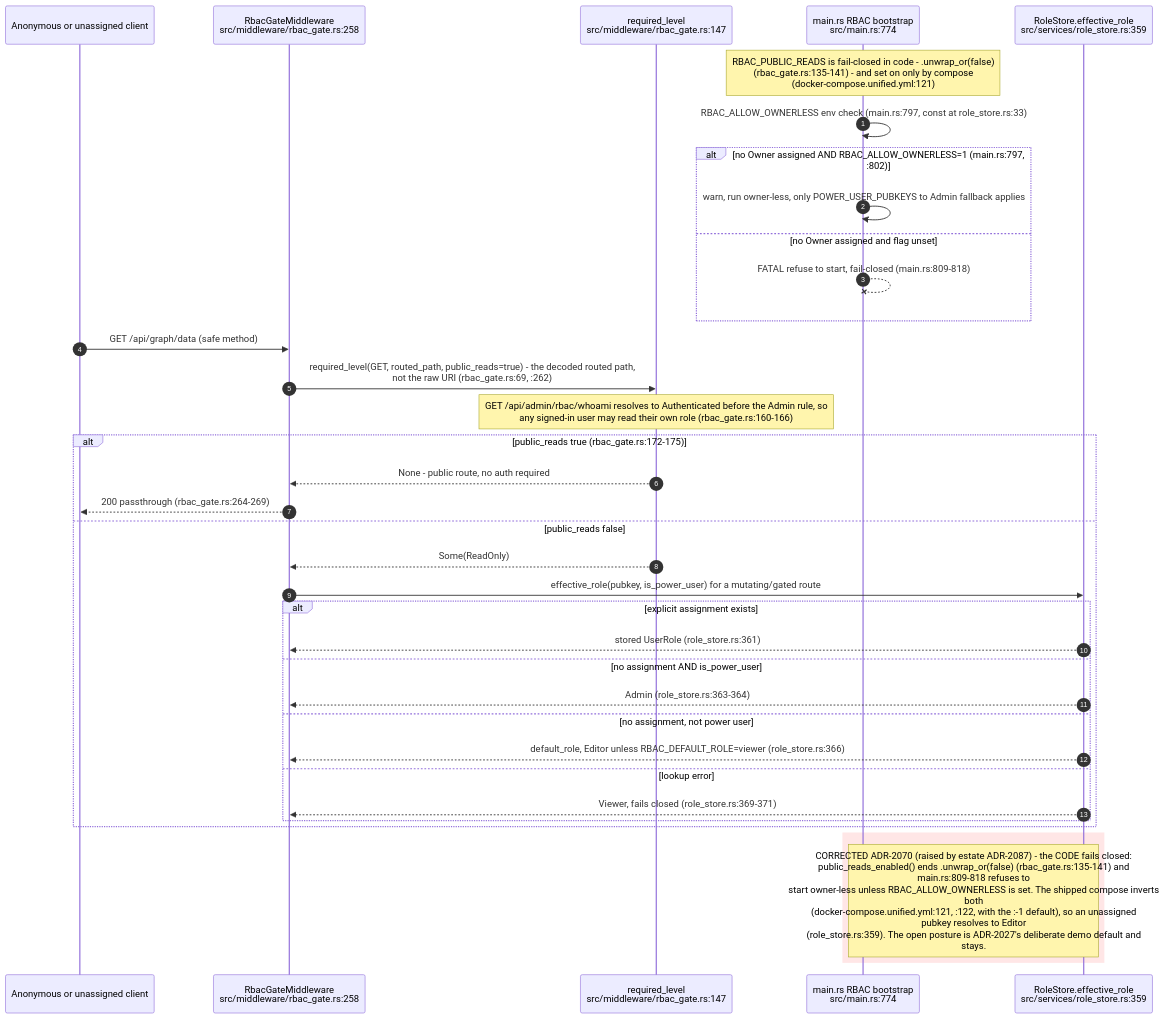
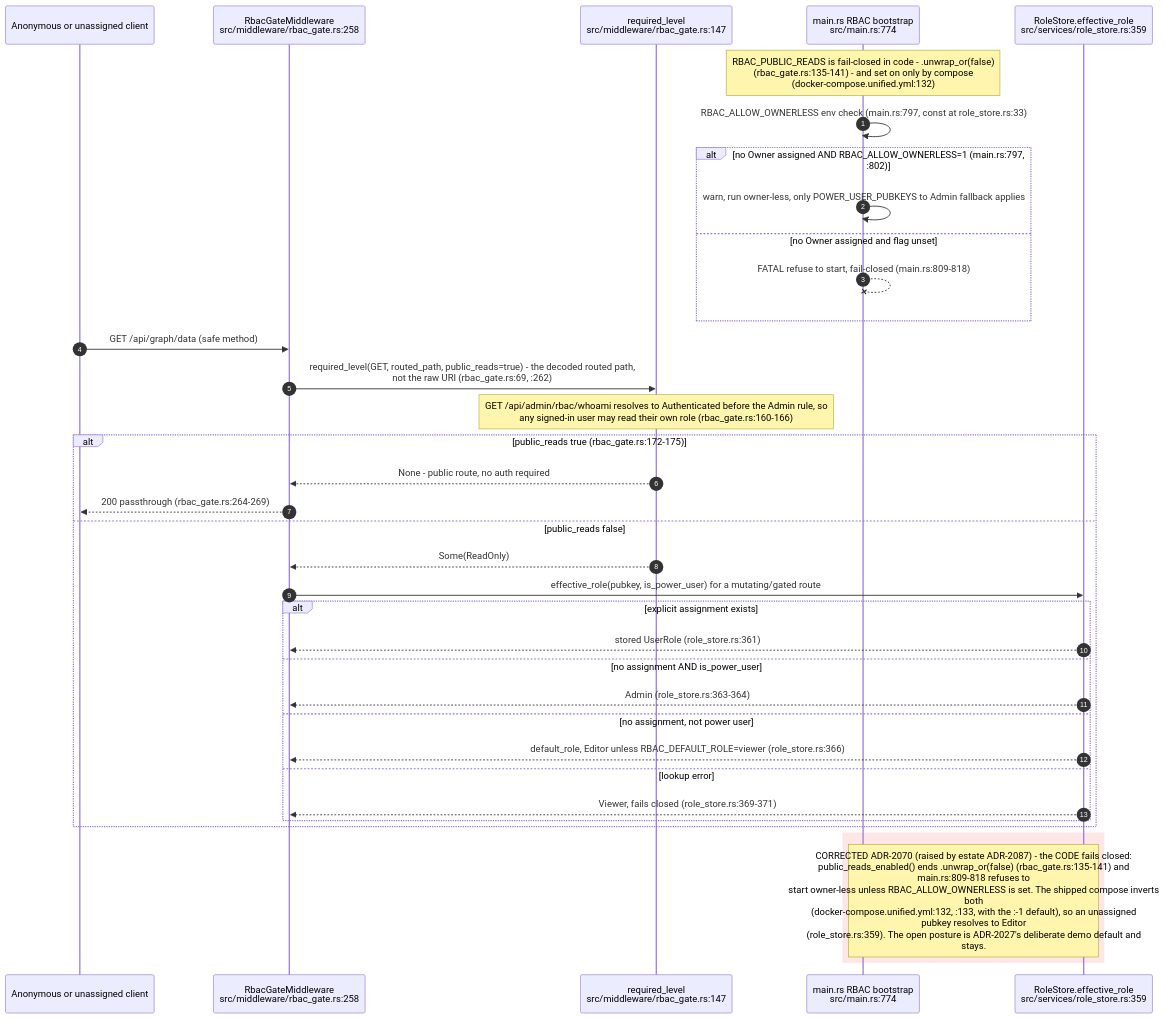
Before and after one commit to DreamLab-AI/VisionFlow: the ninth of 11 diagrams in docs/diagrams/visionclaw/22-data-authority-provenance-erasure.md, drawn with Mermaid. The commit also changed other lines of this file and 142 other files, not shown here.

First line of the commit message:
docs(diagrams): one System One route; re-verify 140 topics at today's heads

````diff
--- a/docs/diagrams/visionclaw/22-data-authority-provenance-erasure.md
+++ b/docs/diagrams/visionclaw/22-data-authority-provenance-erasure.md
@@ -389,39 +389,39 @@
 ```mermaid
 sequenceDiagram
     autonumber
     participant C as Anonymous or unassigned client
     participant GATE as RbacGateMiddleware<br/>src/middleware/rbac_gate.rs:258
     participant REQ as required_level<br/>src/middleware/rbac_gate.rs:147
     participant BOOT as main.rs RBAC bootstrap<br/>src/main.rs:774
     participant RS as RoleStore.effective_role<br/>src/services/role_store.rs:359
 
-    Note over BOOT: RBAC_PUBLIC_READS is fail-closed in code - .unwrap_or(false)<br/>(rbac_gate.rs:135-141) - and set on only by compose<br/>(docker-compose.unified.yml:121)
+    Note over BOOT: RBAC_PUBLIC_READS is fail-closed in code - .unwrap_or(false)<br/>(rbac_gate.rs:135-141) - and set on only by compose<br/>(docker-compose.unified.yml:132)
     BOOT->>BOOT: RBAC_ALLOW_OWNERLESS env check (main.rs:797, const at role_store.rs:33)
     alt no Owner assigned AND RBAC_ALLOW_OWNERLESS=1 (main.rs:797, :802)
         BOOT->>BOOT: warn, run owner-less, only POWER_USER_PUBKEYS to Admin fallback applies
     else no Owner assigned and flag unset
         BOOT--xBOOT: FATAL refuse to start, fail-closed (main.rs:809-818)
     end
     C->>GATE: GET /api/graph/data (safe method)
     GATE->>REQ: required_level(GET, routed_path, public_reads=true) - the decoded routed path,<br/>not the raw URI (rbac_gate.rs:69, :262)
     Note over REQ: GET /api/admin/rbac/whoami resolves to Authenticated before the Admin rule, so<br/>any signed-in user may read their own role (rbac_gate.rs:160-166)
     alt public_reads true (rbac_gate.rs:172-175)
         REQ-->>GATE: None - public route, no auth required
         GATE-->>C: 200 passthrough (rbac_gate.rs:264-269)
     else public_reads false
         REQ-->>GATE: Some(ReadOnly)
         GATE->>RS: effective_role(pubkey, is_power_user) for a mutating/gated route
         alt explicit assignment exists
             RS-->>GATE: stored UserRole (role_store.rs:361)
         else no assignment AND is_power_user
             RS-->>GATE: Admin (role_store.rs:363-364)
         else no assignment, not power user
             RS-->>GATE: default_role, Editor unless RBAC_DEFAULT_ROLE=viewer (role_store.rs:366)
         else lookup error
             RS-->>GATE: Viewer, fails closed (role_store.rs:369-371)
         end
     end
     rect rgb(255, 230, 230)
-    Note over BOOT,RS: CORRECTED ADR-2070 (raised by estate ADR-2087) - the CODE fails closed:<br/>public_reads_enabled() ends .unwrap_or(false) (rbac_gate.rs:135-141) and<br/>main.rs:809-818 refuses to<br/>start owner-less unless RBAC_ALLOW_OWNERLESS is set. The shipped compose inverts<br/>both<br/>(docker-compose.unified.yml:121, :122, with the :-1 default), so an unassigned<br/>pubkey resolves to Editor<br/>(role_store.rs:359). The open posture is ADR-2027's deliberate demo default and<br/>stays.
+    Note over BOOT,RS: CORRECTED ADR-2070 (raised by estate ADR-2087) - the CODE fails closed:<br/>public_reads_enabled() ends .unwrap_or(false) (rbac_gate.rs:135-141) and<br/>main.rs:809-818 refuses to<br/>start owner-less unless RBAC_ALLOW_OWNERLESS is set. The shipped compose inverts<br/>both<br/>(docker-compose.unified.yml:132, :133, with the :-1 default), so an unassigned<br/>pubkey resolves to Editor<br/>(role_store.rs:359). The open posture is ADR-2027's deliberate demo default and<br/>stays.
     end
 ```
````
